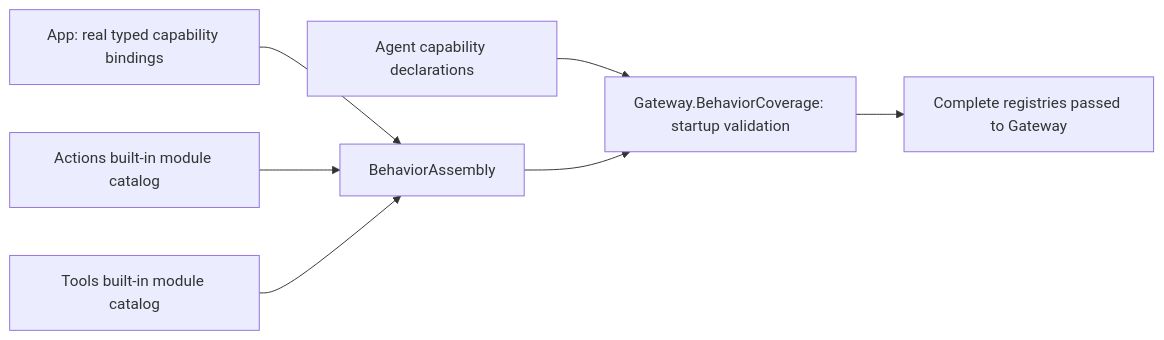
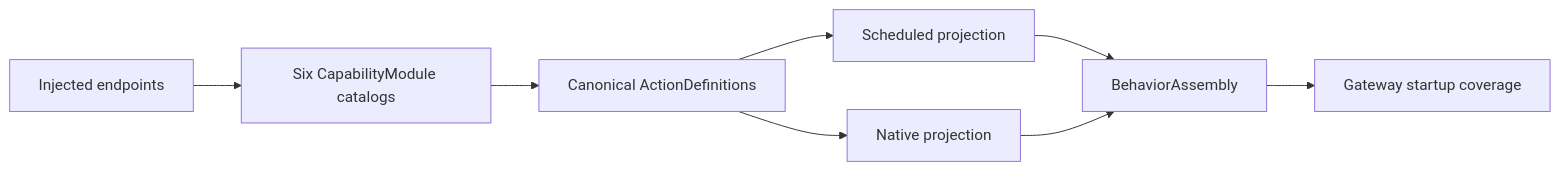
One commit to devilyouwei/MobileHarness changed the diagram in MobileHarness/App/Composition/Behaviors/README.md. Above: the diagram before and after it, drawn with Mermaid. The commit also changed other lines of this file and 238 other files, not shown here.

Commit message:
Unify executable capabilities and three-level agent bindings

````diff
--- a/MobileHarness/App/Composition/Behaviors/README.md
+++ b/MobileHarness/App/Composition/Behaviors/README.md
@@ -7,9 +5,10 @@
 ```mermaid
 flowchart LR
-    Host[App: real typed capability bindings] --> Assembly[BehaviorAssembly]
-    Actions[Actions built-in module catalog] --> Assembly
-    Tools[Tools built-in module catalog] --> Assembly
-    Permissions[Agent capability declarations] --> Validate[Gateway.BehaviorCoverage: startup validation]
-    Assembly --> Validate
-    Validate --> Registries[Complete registries passed to Gateway]
+    Host[Injected endpoints] --> Domains[Six CapabilityModule catalogs]
+    Domains --> Definitions[Canonical ActionDefinitions]
+    Definitions --> Actions[Scheduled projection]
+    Definitions --> Tools[Native projection]
+    Actions --> Assembly[BehaviorAssembly]
+    Tools --> Assembly
+    Assembly --> Coverage[Gateway startup coverage]
 ```
````
